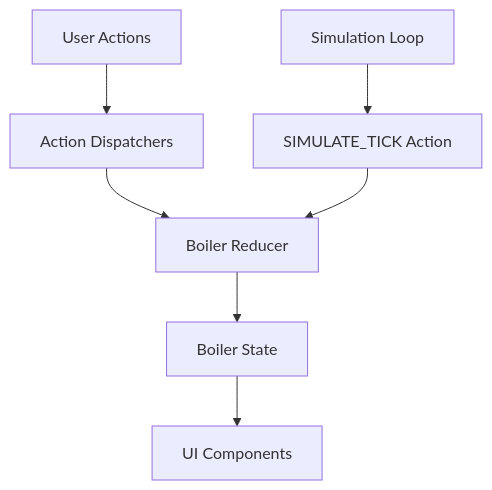
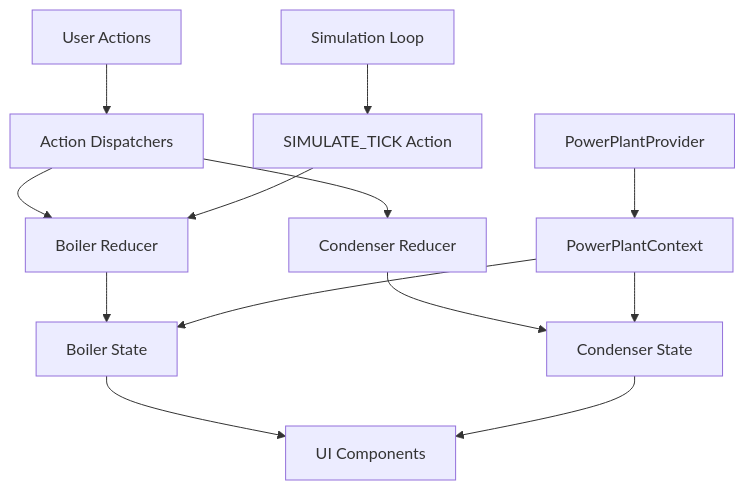
Before and after one commit to NarubyRiverlione/steamboiler: the third of 3 diagrams in memory-bank/systemPatterns.md, drawn with Mermaid. The commit also changed other lines of this file and 2 other files, not shown here.

````diff
--- a/memory-bank/systemPatterns.md
+++ b/memory-bank/systemPatterns.md
@@ -86,10 +93,16 @@
 ```mermaid
 flowchart TD
     UserActions[User Actions] --> ActionDispatchers[Action Dispatchers]
     ActionDispatchers --> Reducer[Boiler Reducer]
+    ActionDispatchers --> CondenserReducer[Condenser Reducer]
     Reducer --> State[Boiler State]
+    CondenserReducer --> CondenserState[Condenser State]
     State --> UI[UI Components]
+    CondenserState --> UI
     
     SimulationLoop[Simulation Loop] --> TickAction[SIMULATE_TICK Action]
     TickAction --> Reducer
+    PowerPlantProvider --> PowerPlantContext
+    PowerPlantContext --> State
+    PowerPlantContext --> CondenserState
 ```
````
